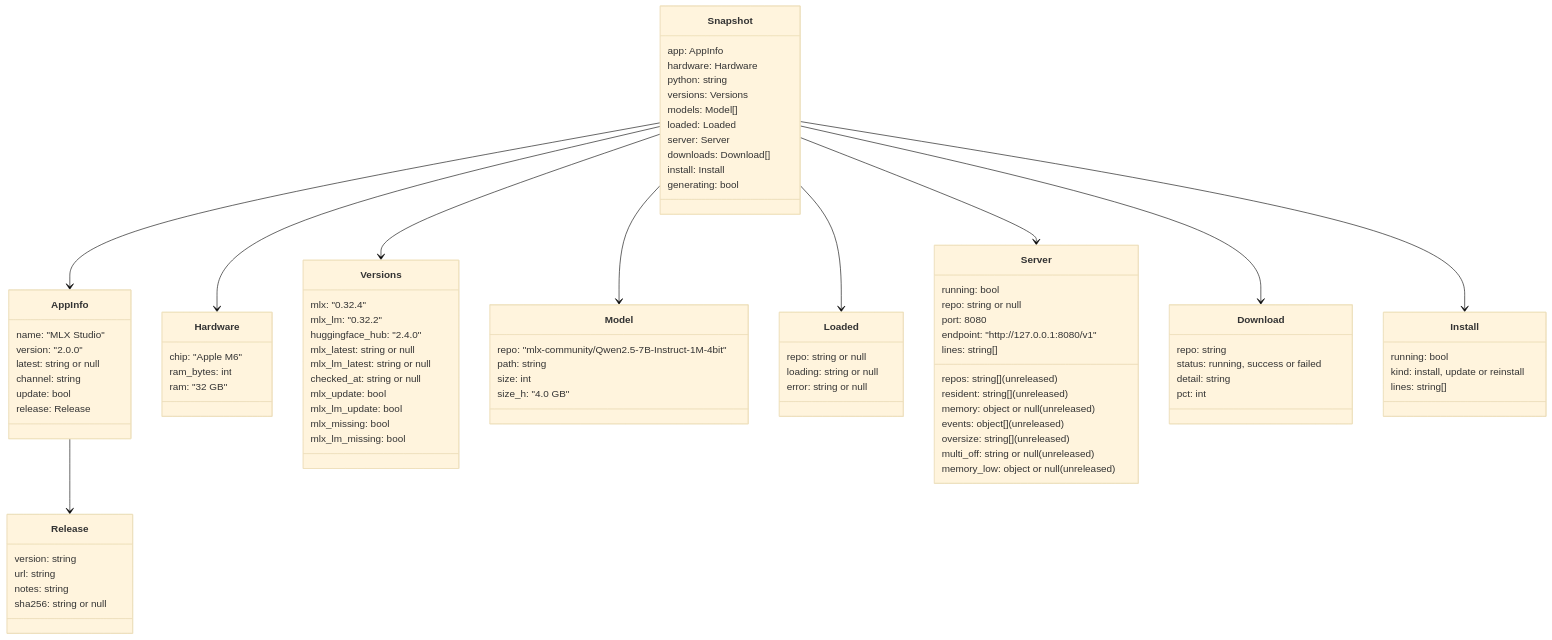
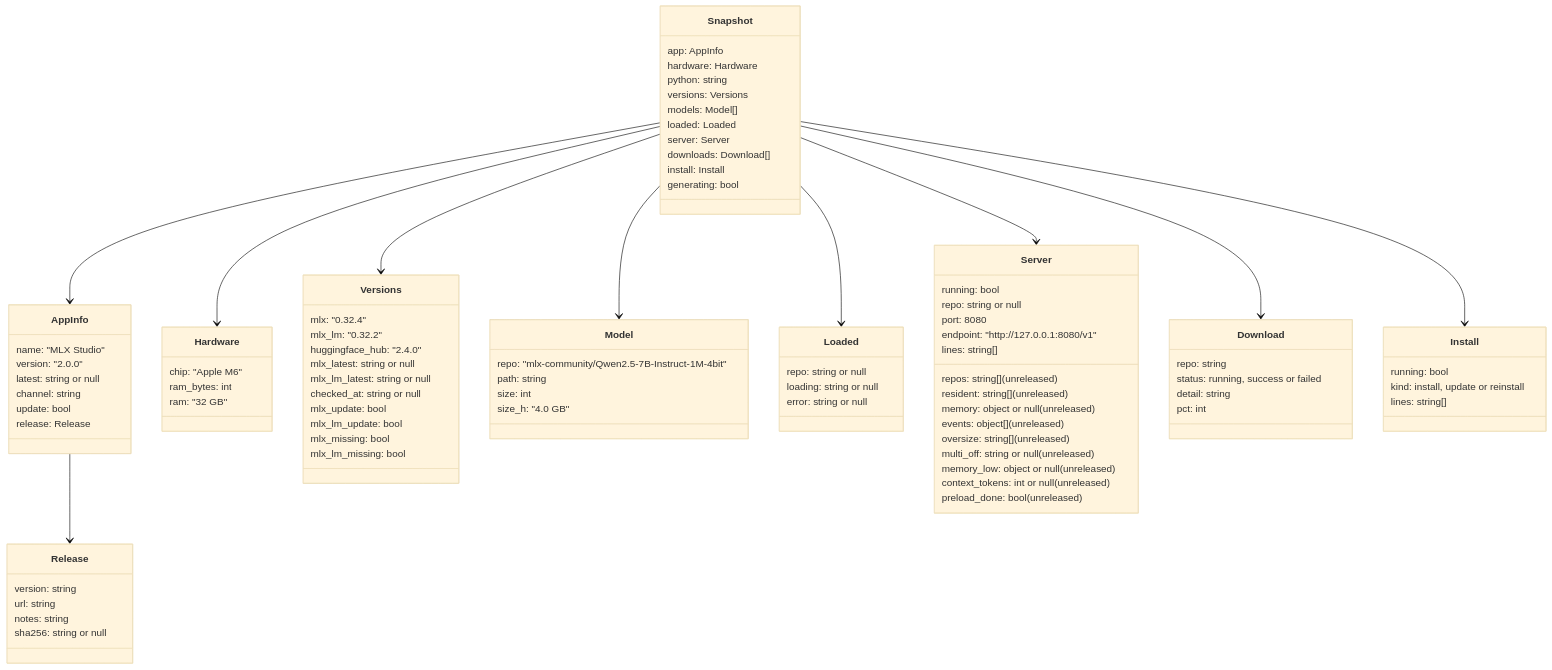
The diagram in docs/diagrams/state-model.md (DipeshPansuriya/MLX_Model_App), drawn with Mermaid (base theme) before and after one commit. The commit also changed other lines of this file and 58 other files, not shown here.

```diff
--- a/docs/diagrams/state-model.md
+++ b/docs/diagrams/state-model.md
@@ -90,6 +90,8 @@
         oversize: string[] (unreleased)
         multi_off: string or null (unreleased)
         memory_low: object or null (unreleased)
+        context_tokens: int or null (unreleased)
+        preload_done: bool (unreleased)
     }
 
     class Download {
```
